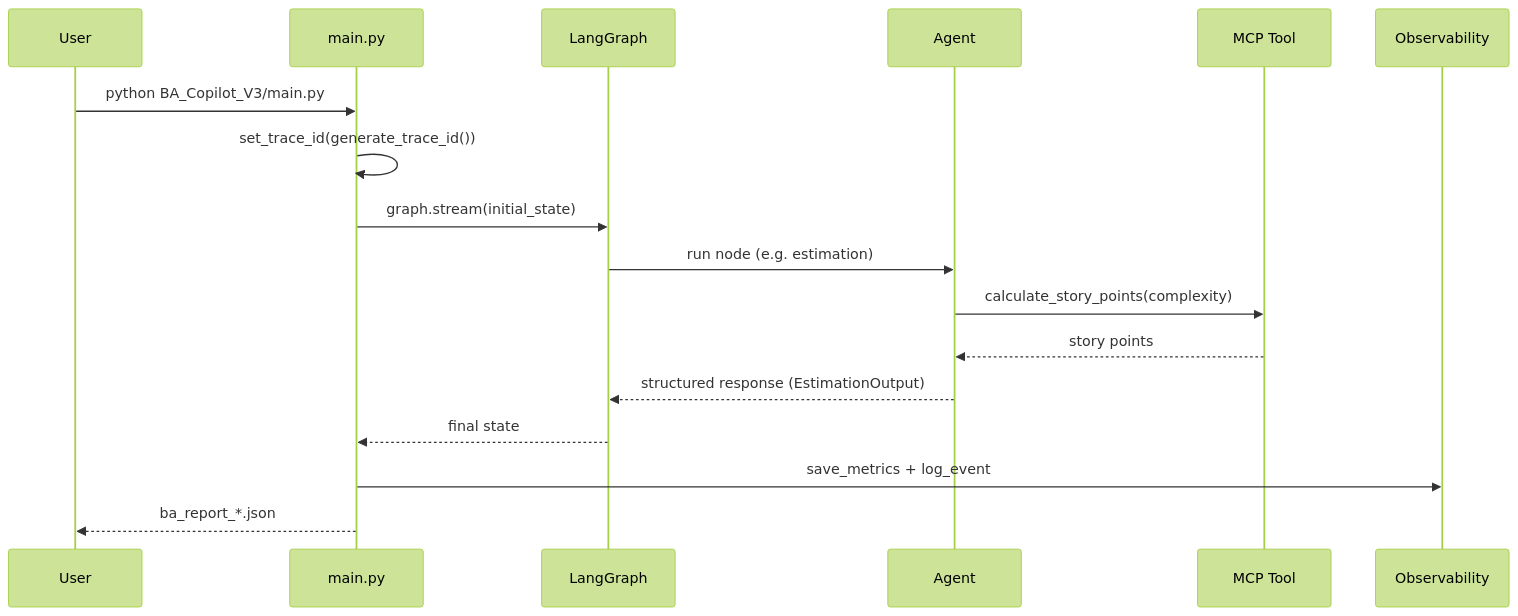
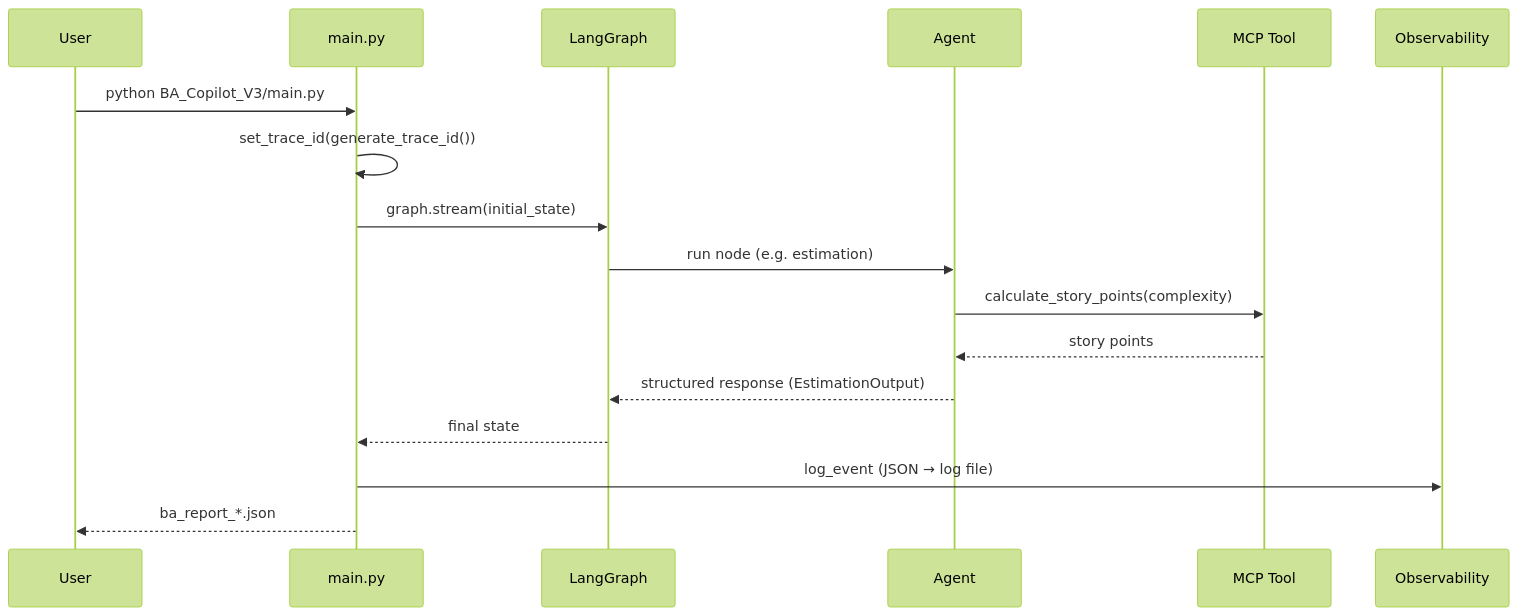
One commit to robocop24/ba-copilot changed the second of 3 diagrams in docs/RUNTIME_ARCHITECTURE.md. Above: the diagram before and after it, drawn with Mermaid (forest theme). The commit also changed other lines of this file and 18 other files, not shown here.

````diff
--- a/docs/RUNTIME_ARCHITECTURE.md
+++ b/docs/RUNTIME_ARCHITECTURE.md
@@ -130,20 +134,20 @@
 ```mermaid
 sequenceDiagram
     participant U as User
     participant M as main.py
     participant G as LangGraph
     participant A as Agent
     participant T as MCP Tool
     participant O as Observability
 
     U->>M: python BA_Copilot_V3/main.py
     M->>M: set_trace_id(generate_trace_id())
     M->>G: graph.stream(initial_state)
     G->>A: run node (e.g. estimation)
     A->>T: calculate_story_points(complexity)
     T-->>A: story points
     A-->>G: structured response (EstimationOutput)
     G-->>M: final state
-    M->>O: save_metrics + log_event
+    M->>O: log_event (JSON → log file)
     M-->>U: ba_report_*.json
 ```
````
